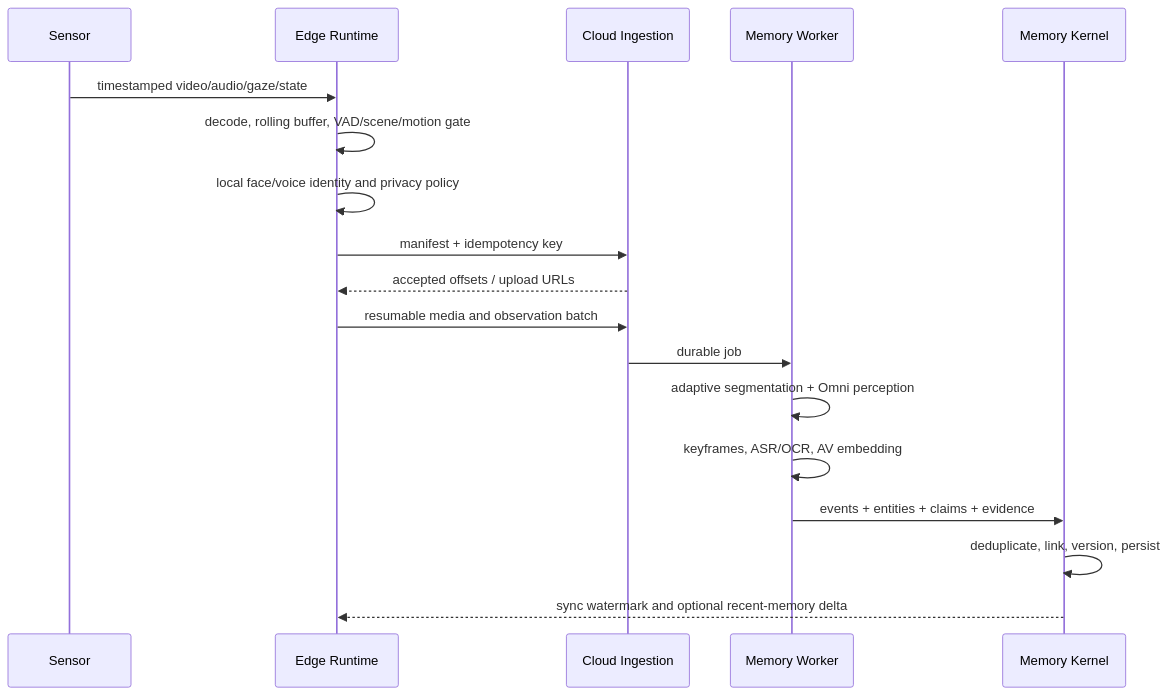
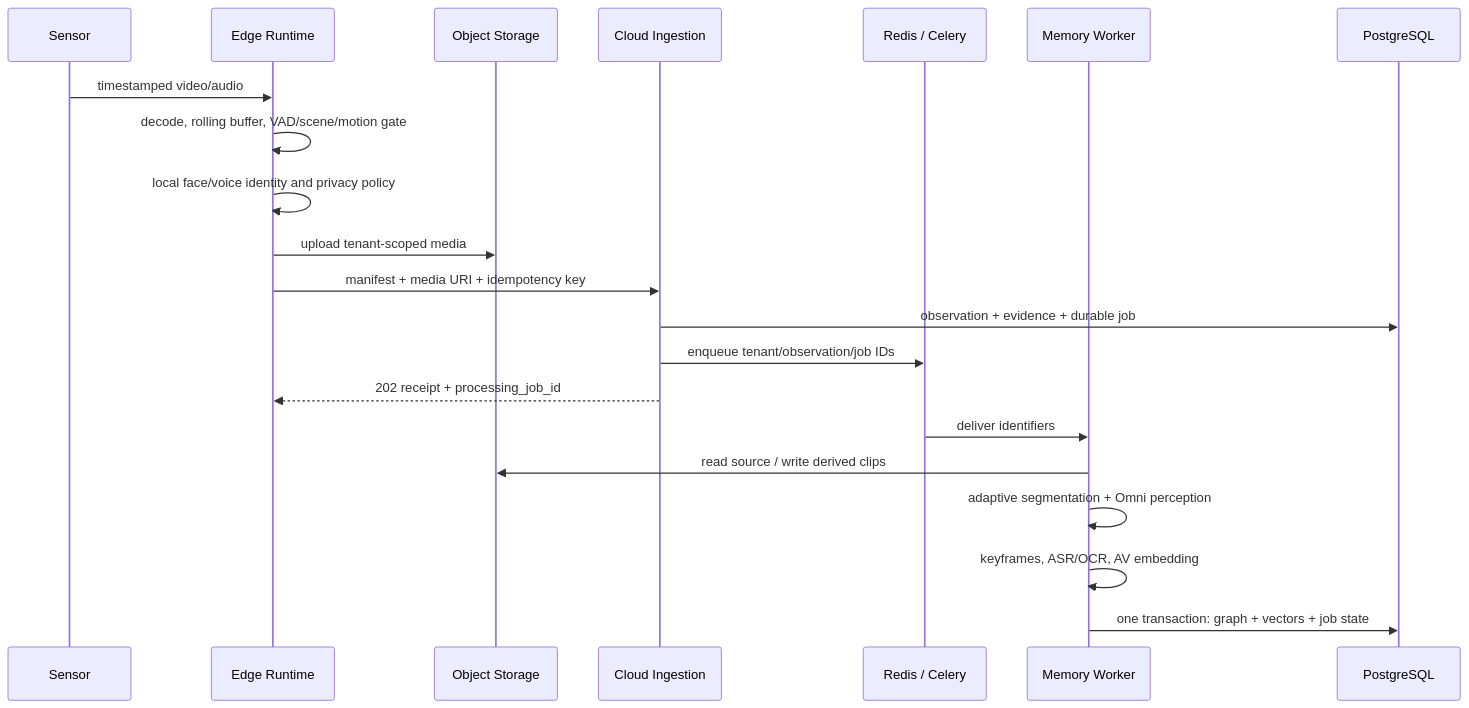
Before and after one commit to EventHorizon-Lab/MindBridge: the second of 4 diagrams in docs/technical-architecture.md, drawn with Mermaid. The commit also changed other lines of this file and 15 other files, not shown here.

Commit message:
Expand README with comprehensive usage and architecture documentation

````diff
--- a/docs/technical-architecture.md
+++ b/docs/technical-architecture.md
@@ -268,21 +269,24 @@
 ```mermaid
 sequenceDiagram
     participant S as Sensor
     participant E as Edge Runtime
+    participant O as Object Storage
     participant C as Cloud Ingestion
+    participant Q as Redis / Celery
     participant W as Memory Worker
-    participant M as Memory Kernel
+    participant P as PostgreSQL
 
-    S->>E: timestamped video/audio/gaze/state
+    S->>E: timestamped video/audio
     E->>E: decode, rolling buffer, VAD/scene/motion gate
     E->>E: local face/voice identity and privacy policy
-    E->>C: manifest + idempotency key
-    C-->>E: accepted offsets / upload URLs
-    E->>C: resumable media and observation batch
-    C->>W: durable job
+    E->>O: upload tenant-scoped media
+    E->>C: manifest + media URI + idempotency key
+    C->>P: observation + evidence + durable job
+    C->>Q: enqueue tenant/observation/job IDs
+    C-->>E: 202 receipt + processing_job_id
+    Q->>W: deliver identifiers
+    W->>O: read source / write derived clips
     W->>W: adaptive segmentation + Omni perception
     W->>W: keyframes, ASR/OCR, AV embedding
-    W->>M: events + entities + claims + evidence
-    M->>M: deduplicate, link, version, persist
-    M-->>E: sync watermark and optional recent-memory delta
+    W->>P: one transaction: graph + vectors + job state
 ```
````
